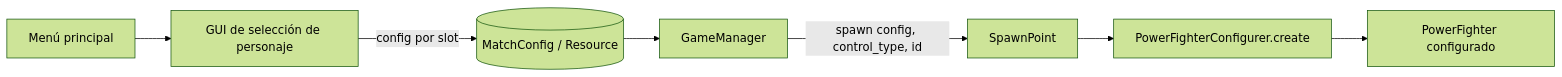
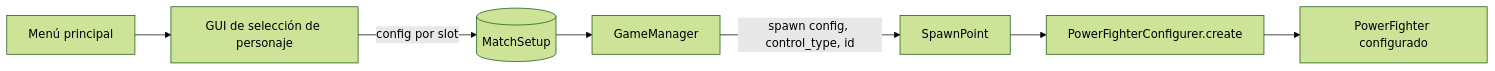
One commit to CocoMarck/SuperSmashTux changed the diagram in docs/arquitectura/nota-power-fighter-configurer.md. Above: the diagram before and after it, drawn with Mermaid (forest theme). The commit also changed other lines of this file and 12 other files, not shown here.

````diff
--- a/docs/arquitectura/nota-power-fighter-configurer.md
+++ b/docs/arquitectura/nota-power-fighter-configurer.md
@@ -274,9 +275,9 @@
 ```mermaid
 flowchart LR
     MM[Menú principal] --> CS[GUI de selección de personaje]
-    CS -->|config por slot| STORE[(MatchConfig / Resource)]
+    CS -->|config por slot| STORE[(MatchSetup)]
     STORE --> GM[GameManager]
     GM -->|spawn config, control_type, id| SP[SpawnPoint]
     SP --> PFC[PowerFighterConfigurer.create]
     PFC --> PF[PowerFighter configurado]
 ```
````
